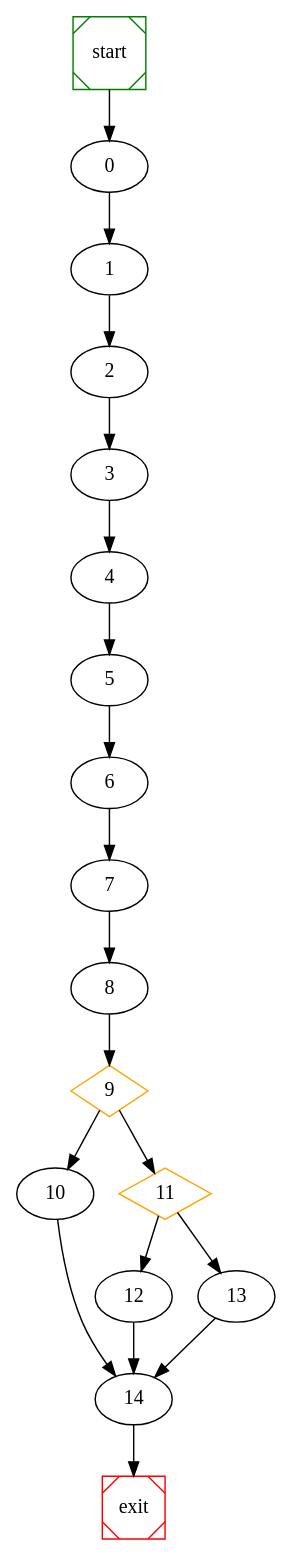
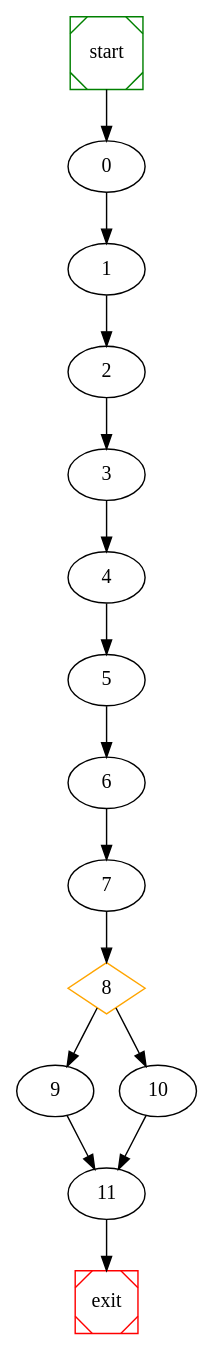
The diagram in wpc/raw_graph.dot (NabeelQaiser/BTP_2k18-19), drawn with Graphviz before and after one commit. The commit also changed 13 other files, not shown here.

```diff
--- a/wpc/raw_graph.dot
+++ b/wpc/raw_graph.dot
@@ -1,27 +1,22 @@
 # dot file created at runtime
 
 digraph G {
 	start -> 0;
 	0 -> 1 ;
 	1 -> 2 ;
 	2 -> 3 ;
 	3 -> 4 ;
 	4 -> 5 ;
 	5 -> 6 ;
 	6 -> 7 ;
+	8 [shape=diamond, color=orange] ;
+	8 -> 9 ;
+	8 -> 10 ;
 	7 -> 8 ;
-	9 [shape=diamond, color=orange] ;
-	9 -> 10 ;
-	11 [shape=diamond, color=orange] ;
 	9 -> 11 ;
-	11 -> 12 ;
-	11 -> 13 ;
-	8 -> 9 ;
-	12 -> 14 ;
-	13 -> 14 ;
-	10 -> 14 ;
-	14 -> exit;
+	10 -> 11 ;
+	11 -> exit;
 
 	start [shape=Msquare, color=green];
 	exit [shape=Msquare, color=red];
 }
```
